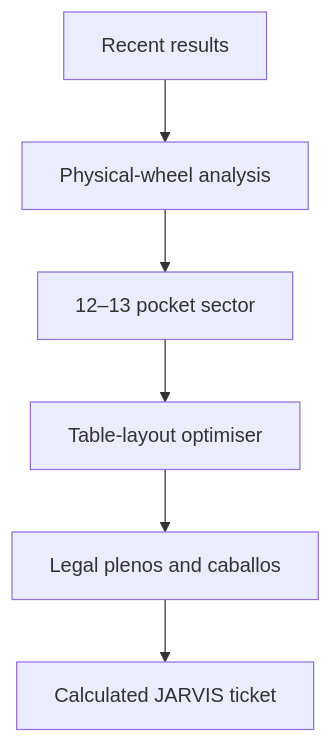
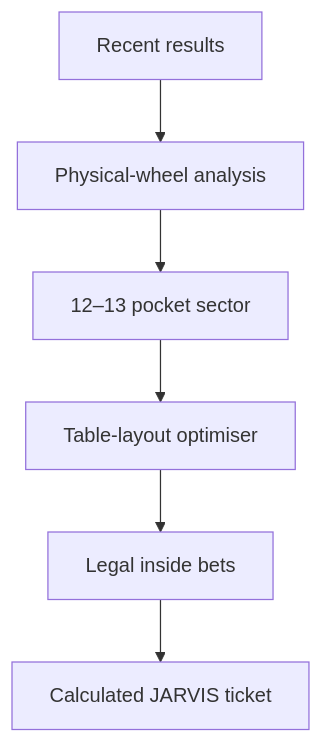
One commit to marcmonferrer/roulette-jarvis changed the diagram in README.md. Above: the diagram before and after it, drawn with Mermaid. The commit also changed other lines of this file, not shown here.

````diff
--- a/README.md
+++ b/README.md
@@ -38,8 +49,8 @@
 ```mermaid
 flowchart TD
     A["Recent results"] --> B["Physical-wheel analysis"]
     B --> C["12–13 pocket sector"]
     C --> D["Table-layout optimiser"]
-    D --> E["Legal plenos and caballos"]
+    D --> E["Legal inside bets"]
     E --> F["Calculated JARVIS ticket"]
 ```
````
